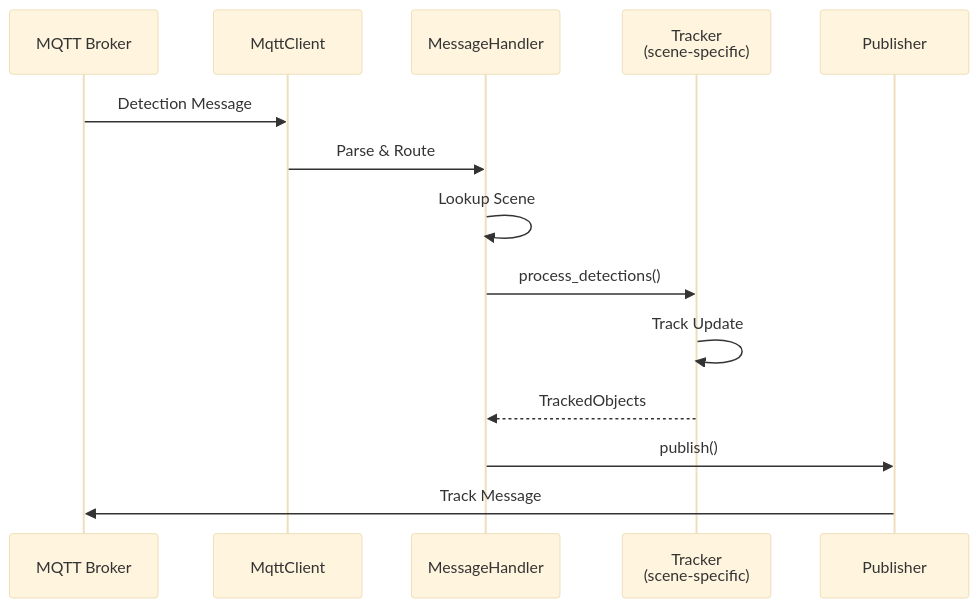
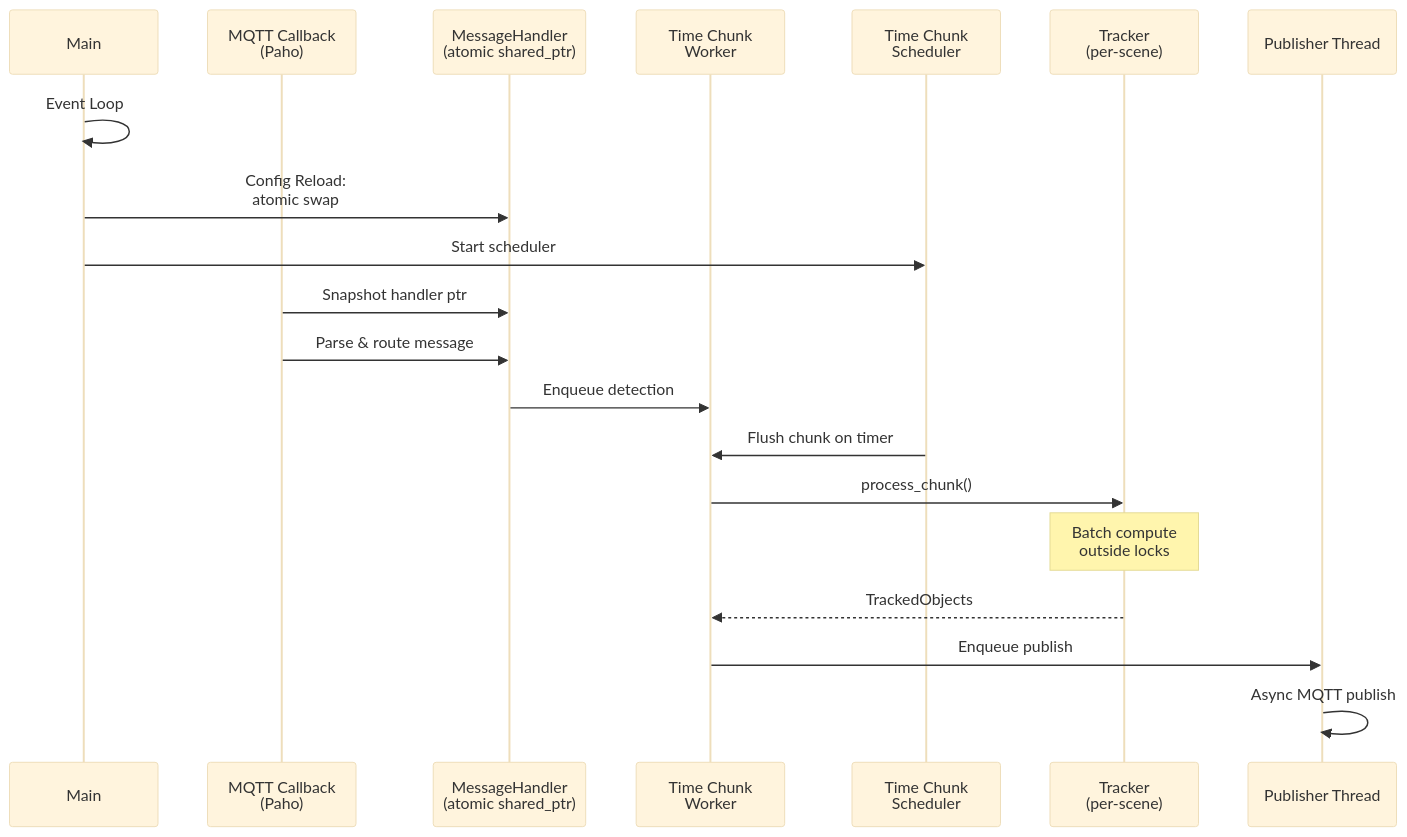
The diagram in tracker/DESIGN.md (open-edge-platform/scenescape), drawn with Mermaid (base theme) before and after one commit. The commit also changed other lines of this file and 35 other files, not shown here.

````diff
--- a/tracker/DESIGN.md
+++ b/tracker/DESIGN.md
@@ -30,17 +24,25 @@
 ```mermaid
 sequenceDiagram
-    participant Broker as MQTT Broker
-    participant Client as MqttClient
-    participant Handler as MessageHandler
-    participant Tracker as Tracker<br/>(scene-specific)
-    participant Pub as Publisher
+    participant Main
+    participant MQTT as MQTT Callback<br/>(Paho)
+    participant Handler as MessageHandler<br/>(atomic shared_ptr)
+    participant TCWorker as Time Chunk<br/>Worker
+    participant TCSched as Time Chunk<br/>Scheduler
+    participant Tracker as Tracker<br/>(per-scene)
+    participant Pub as Publisher Thread
     
-    Broker->>Client: Detection Message
-    Client->>Handler: Parse & Route
-    Handler->>Handler: Lookup Scene
-    Handler->>Tracker: process_detections()
-    Tracker->>Tracker: Track Update
-    Tracker-->>Handler: TrackedObjects
-    Handler->>Pub: publish()
-    Pub->>Broker: Track Message
+    Main->>Main: Event Loop
+    Main->>Handler: Config Reload:<br/>atomic swap
+    Main->>TCSched: Start scheduler
+    
+    MQTT->>Handler: Snapshot handler ptr
+    MQTT->>Handler: Parse & route message
+    Handler->>TCWorker: Enqueue detection
+    
+    TCSched->>TCWorker: Flush chunk on timer
+    TCWorker->>Tracker: process_chunk()
+    Note over Tracker: Batch compute<br/>outside locks
+    Tracker-->>TCWorker: TrackedObjects
+    TCWorker->>Pub: Enqueue publish
+    Pub->>Pub: Async MQTT publish
 ```
````
